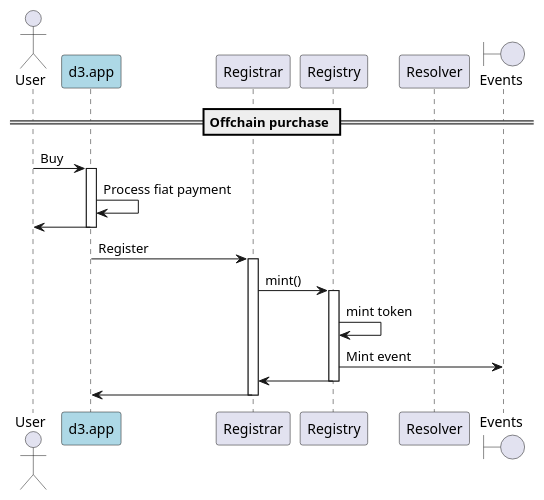
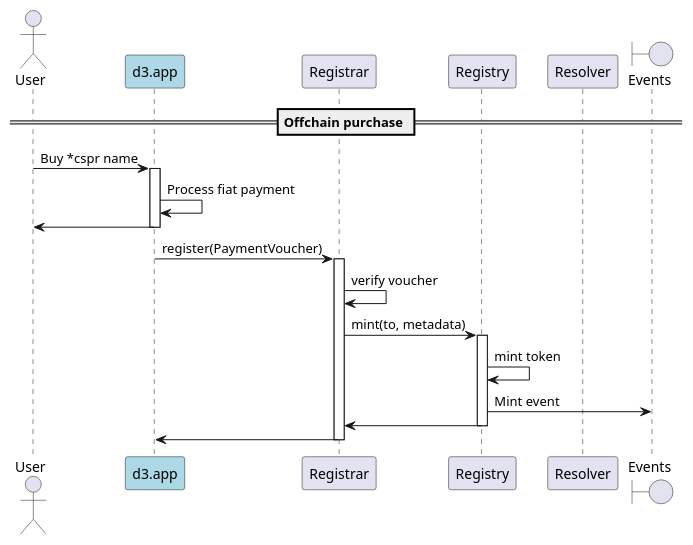
The diagram in docs/sequence-diagrams/puml/offchain-purchase.puml (make-software/cspr-name-contracts), drawn with PlantUML before and after one commit. The commit also changed 23 other files, not shown here.

```diff
--- a/docs/sequence-diagrams/puml/offchain-purchase.puml
+++ b/docs/sequence-diagrams/puml/offchain-purchase.puml
@@ -1,32 +1,33 @@
 @startuml
 'https://plantuml.com/sequence-diagram
 
 'autonumber
 actor User
 participant "d3.app" as d3 #lightblue
 participant "Registrar"
 participant "Registry"
 participant "Resolver"
 boundary "Events"
 
 == Offchain purchase ==
 
-User -> d3: Buy
+User -> d3: Buy *cspr name
 activate d3
 d3 -> d3: Process fiat payment
 d3 -> User
 deactivate d3
 
-d3 -> Registrar: Register
+d3 -> Registrar: register(PaymentVoucher)
 activate Registrar
-Registrar -> Registry: mint()
+Registrar -> Registrar: verify voucher
+Registrar -> Registry: mint(to, metadata)
 activate Registry
 Registry -> Registry: mint token
 Registry -> "Events": Mint event
 Registry -> Registrar
 deactivate Registry
 Registrar -> d3
 deactivate Registrar
 deactivate d3
 
 @enduml
```
